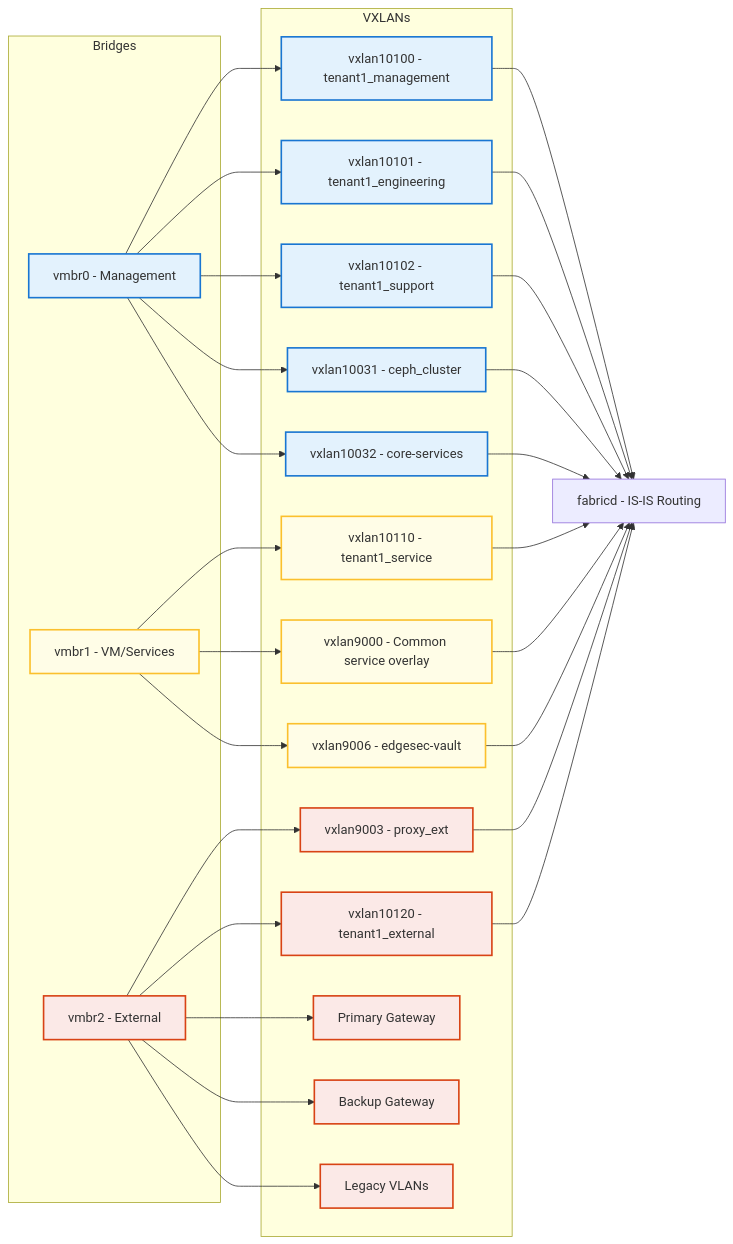
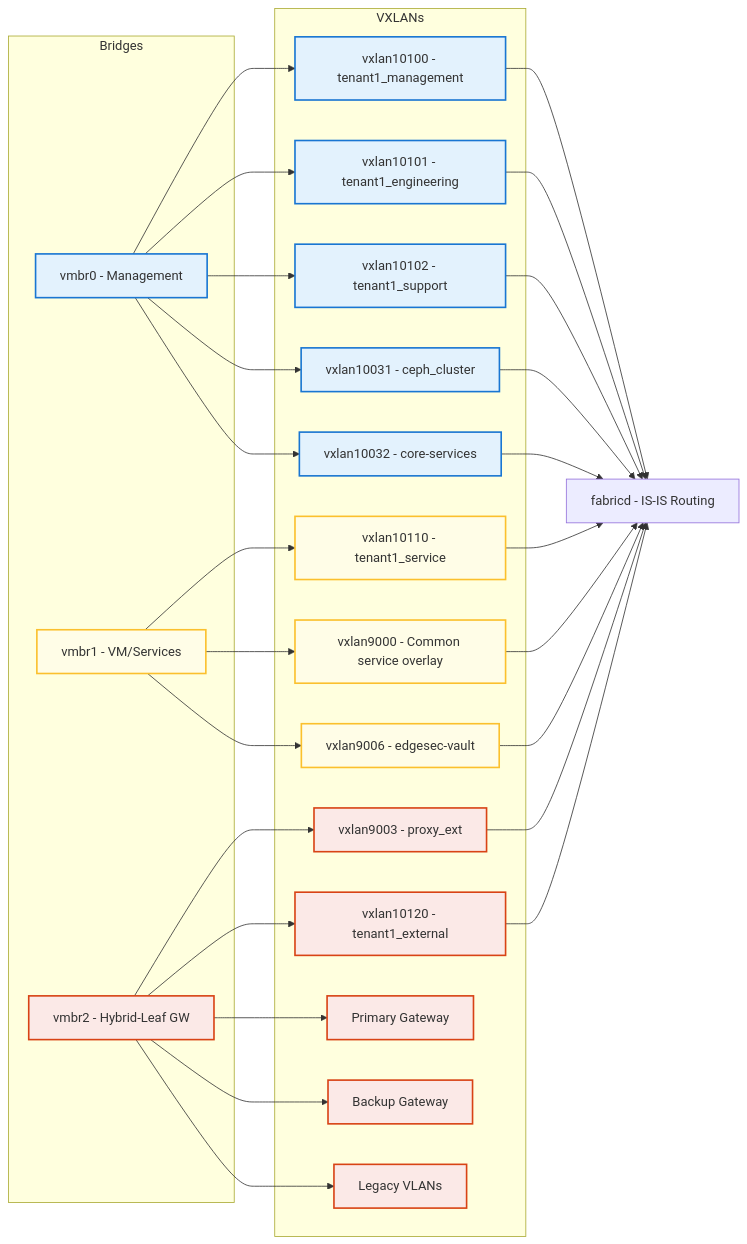
Before and after one commit to CEP-Comwell/proxmox_addons: the first of 4 diagrams in README.md, drawn with Mermaid. The commit also changed other lines of this file, not shown here.

````diff
--- a/README.md
+++ b/README.md
@@ -18,55 +18,55 @@
 ```mermaid
 graph LR
 subgraph Bridges
 	MgmtBridge[vmbr0 - Management]
 	VMBridge[vmbr1 - VM/Services]
-	ExtBridge[vmbr2 - External]
+	ExtBridge[vmbr2 - Hybrid-Leaf GW]
 end
 subgraph VXLANs
 	VX10100[vxlan10100 - tenant1_management]
 	VX10101[vxlan10101 - tenant1_engineering]
 	VX10102[vxlan10102 - tenant1_support]
 	VXCEPH2[vxlan10031 - ceph_cluster]
 	VX10032[vxlan10032 - core-services]
 	VX10110[vxlan10110 - tenant1_service]
 	VX9000[vxlan9000 - Common service overlay]
 	VX9006[vxlan9006 - edgesec-vault]
 	VX9003[vxlan9003 - proxy_ext]
 	VX10120[vxlan10120 - tenant1_external]
 	Gateway1[Primary Gateway]
 	Gateway2[Backup Gateway]
 	LegacyVLAN[Legacy VLANs]
 end
 Fabricd[fabricd - IS-IS Routing]
 MgmtBridge --> VX10100
 MgmtBridge --> VX10101
 MgmtBridge --> VX10102
 MgmtBridge --> VXCEPH2
 MgmtBridge --> VX10032
 VMBridge --> VX10110
 VMBridge --> VX9000
 VMBridge --> VX9006
 ExtBridge --> VX9003
 ExtBridge --> VX10120
 ExtBridge --> Gateway1
 ExtBridge --> Gateway2
 ExtBridge --> LegacyVLAN
 VX10100 --> Fabricd
 VX10101 --> Fabricd
 VX10102 --> Fabricd
 VX10110 --> Fabricd
 VX9000 --> Fabricd
 VX9006 --> Fabricd
 VX9003 --> Fabricd
 VX10120 --> Fabricd
 VXCEPH2 --> Fabricd
 VX10032 --> Fabricd
 
 %% Color coding
 classDef mgmt fill:#e3f2fd,stroke:#1976d2,stroke-width:2px;
 classDef vm fill:#fffde7,stroke:#fbc02d,stroke-width:2px;
 classDef ext fill:#fbe9e7,stroke:#d84315,stroke-width:2px;
 class MgmtBridge,VX10100,VX10101,VX10102,VXCEPH2,VX10032 mgmt;
 class VMBridge,VX10110,VX9000,VX9006 vm;
 class ExtBridge,Gateway1,Gateway2,LegacyVLAN,VX9003,VX10120 ext;
 ```
````
